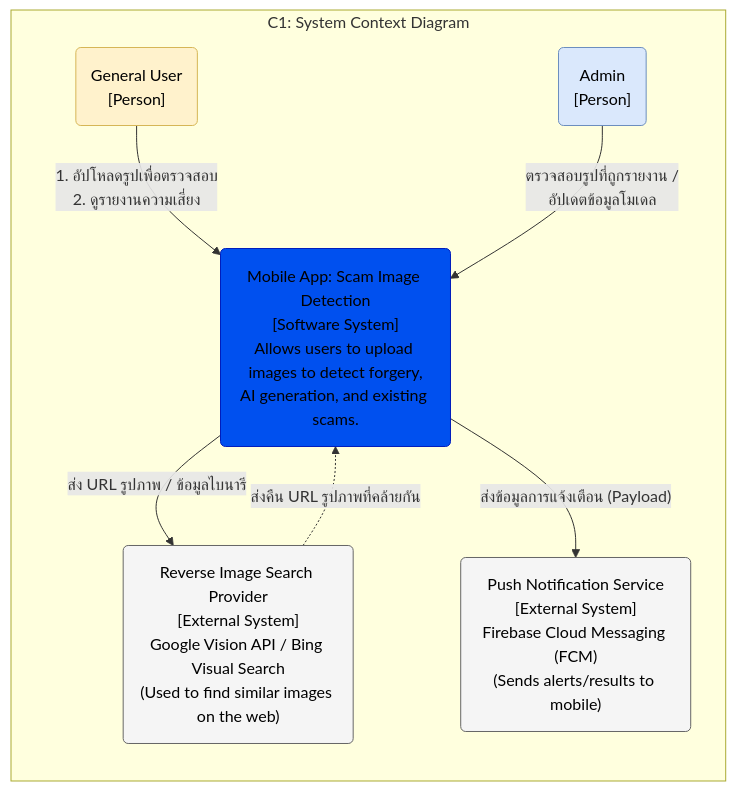
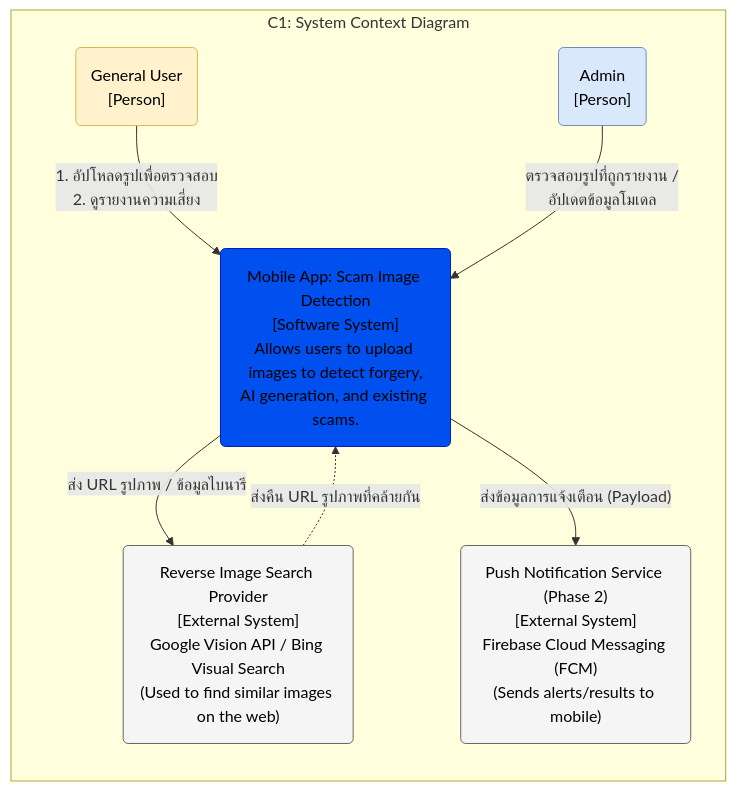
The diagram in Document/Software Architecture/C1-System-Context-Diagram.md (Panuwat-ta/project), drawn with Mermaid before and after one commit. The commit also changed other lines of this file and 24 other files, not shown here.

````diff
--- a/Document/Software Architecture/C1-System-Context-Diagram.md
+++ b/Document/Software Architecture/C1-System-Context-Diagram.md
@@ -3,41 +3,41 @@
 ```mermaid
 flowchart TD
     %% การตั้งค่า Class สีต่างๆ (กำหนด color:black ตามคำสั่ง)
     classDef mainSystem fill:#0050ef,stroke:#001DBC,color:black
     classDef userFill fill:#fff2cc,stroke:#d6b656,color:black
     classDef adminFill fill:#dae8fc,stroke:#6c8ebf,color:black
     classDef extFill fill:#f5f5f5,stroke:#666666,color:black
 
     %% Title Area
     subgraph Context [C1: System Context Diagram]
         direction TB
         
         %% Nodes (โหนดต่างๆ)
         User("General User<br>[Person]")
         
         System("Mobile App: Scam Image Detection<br>[Software System]<br>Allows users to upload images to detect forgery,<br>AI generation, and existing scams.")
         
         Admin("Admin<br>[Person]")
         
         ExtSearch("Reverse Image Search Provider<br>[External System]<br>Google Vision API / Bing Visual Search<br>(Used to find similar images on the web)")
         
-        ExtNotify("Push Notification Service<br>[External System]<br>Firebase Cloud Messaging (FCM)<br>(Sends alerts/results to mobile)")
+        ExtNotify("Push Notification Service (Phase 2)<br>[External System]<br>Firebase Cloud Messaging (FCM)<br>(Sends alerts/results to mobile)")
 
         %% Relationships (เส้นเชื่อมโยง)
         User -- "1. อัปโหลดรูปเพื่อตรวจสอบ<br>2. ดูรายงานความเสี่ยง" --> System
         
         System -- "ส่ง URL รูปภาพ / ข้อมูลไบนารี" --> ExtSearch
         ExtSearch -.->|"ส่งคืน URL รูปภาพที่คล้ายกัน"| System
         
         System -- "ส่งข้อมูลการแจ้งเตือน (Payload)" --> ExtNotify
         
         Admin -- "ตรวจสอบรูปที่ถูกรายงาน /<br>อัปเดตข้อมูลโมเดล" --> System
     end
 
     %% Apply Styles (การระบายสี)
     class System mainSystem
     class User userFill
     class Admin adminFill
     class ExtSearch,ExtNotify extFill
 
 ```
````
